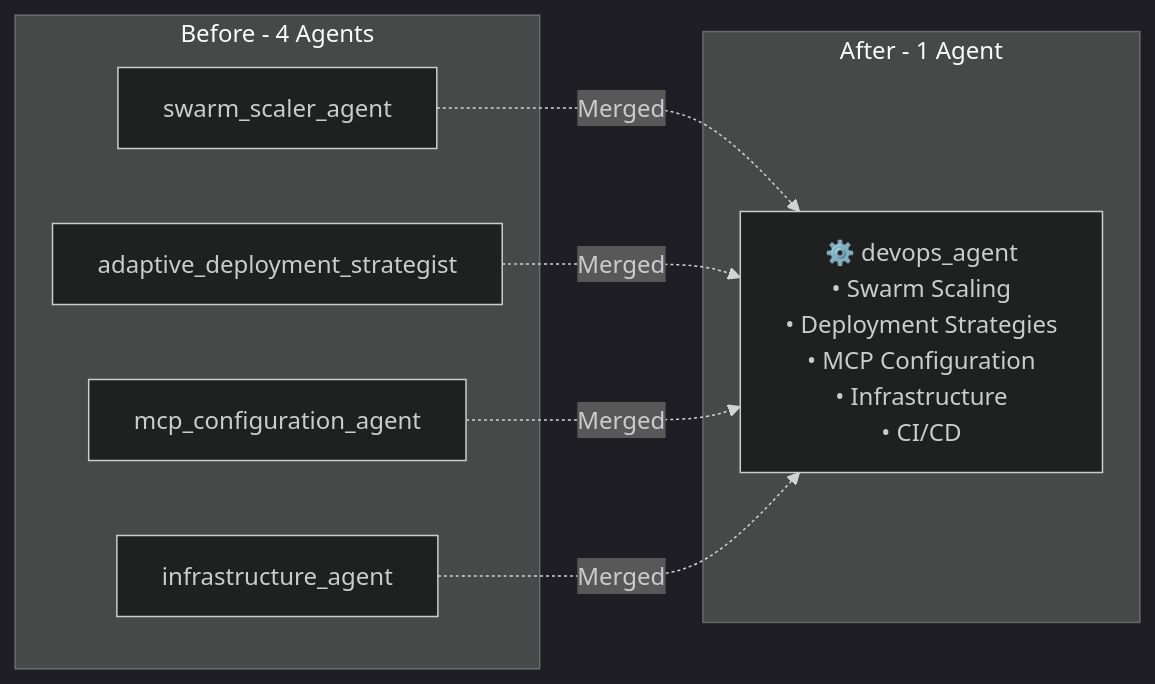
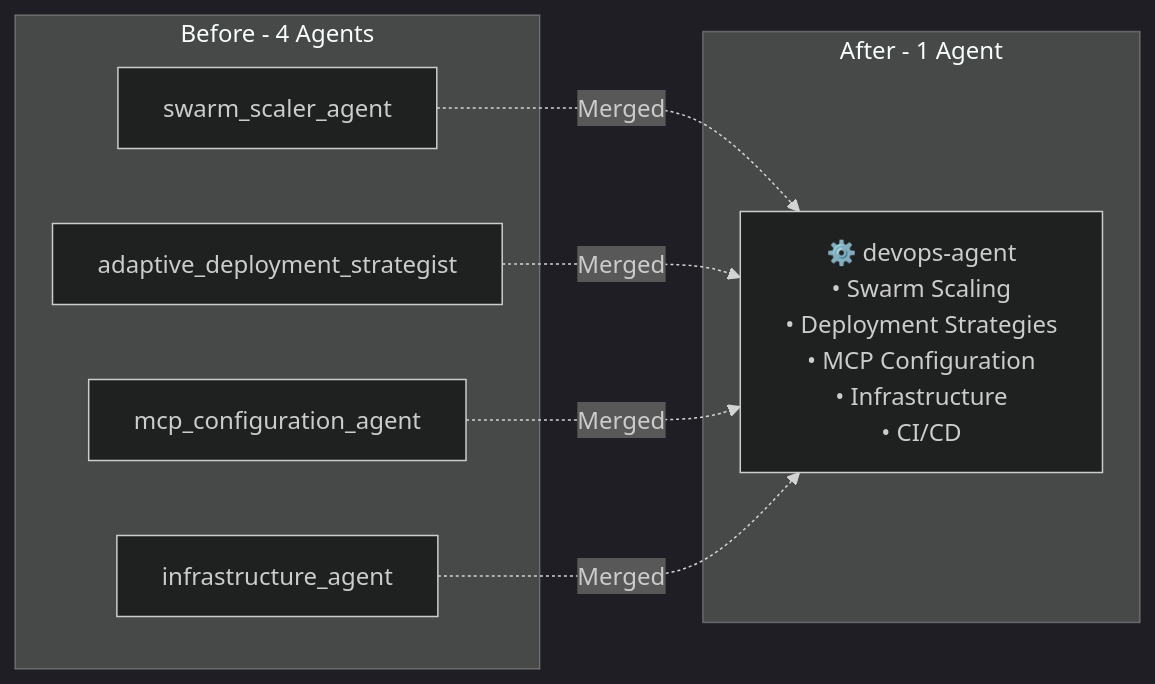
The sixth of 17 diagrams in ai_docs/development-guides/agent-flow-diagrams.md (phamhung075/4genthub), drawn with Mermaid (dark theme) before and after one commit. The commit also changed other lines of this file and 686 other files, not shown here.

````diff
--- a/ai_docs/development-guides/agent-flow-diagrams.md
+++ b/ai_docs/development-guides/agent-flow-diagrams.md
@@ -138,18 +138,18 @@
 ```mermaid
 graph LR
     subgraph "Before - 4 Agents"
         SSA[swarm_scaler_agent]
         ADS[adaptive_deployment_strategist]
         MCA[mcp_configuration_agent]
         INF[infrastructure_agent]
     end
     
     subgraph "After - 1 Agent"
-        DVO[⚙️ devops_agent<br/>• Swarm Scaling<br/>• Deployment Strategies<br/>• MCP Configuration<br/>• Infrastructure<br/>• CI/CD]
+        DVO[⚙️ devops-agent<br/>• Swarm Scaling<br/>• Deployment Strategies<br/>• MCP Configuration<br/>• Infrastructure<br/>• CI/CD]
     end
     
     SSA -.->|Merged| DVO
     ADS -.->|Merged| DVO
     MCA -.->|Merged| DVO
     INF -.->|Merged| DVO
 ```
````
